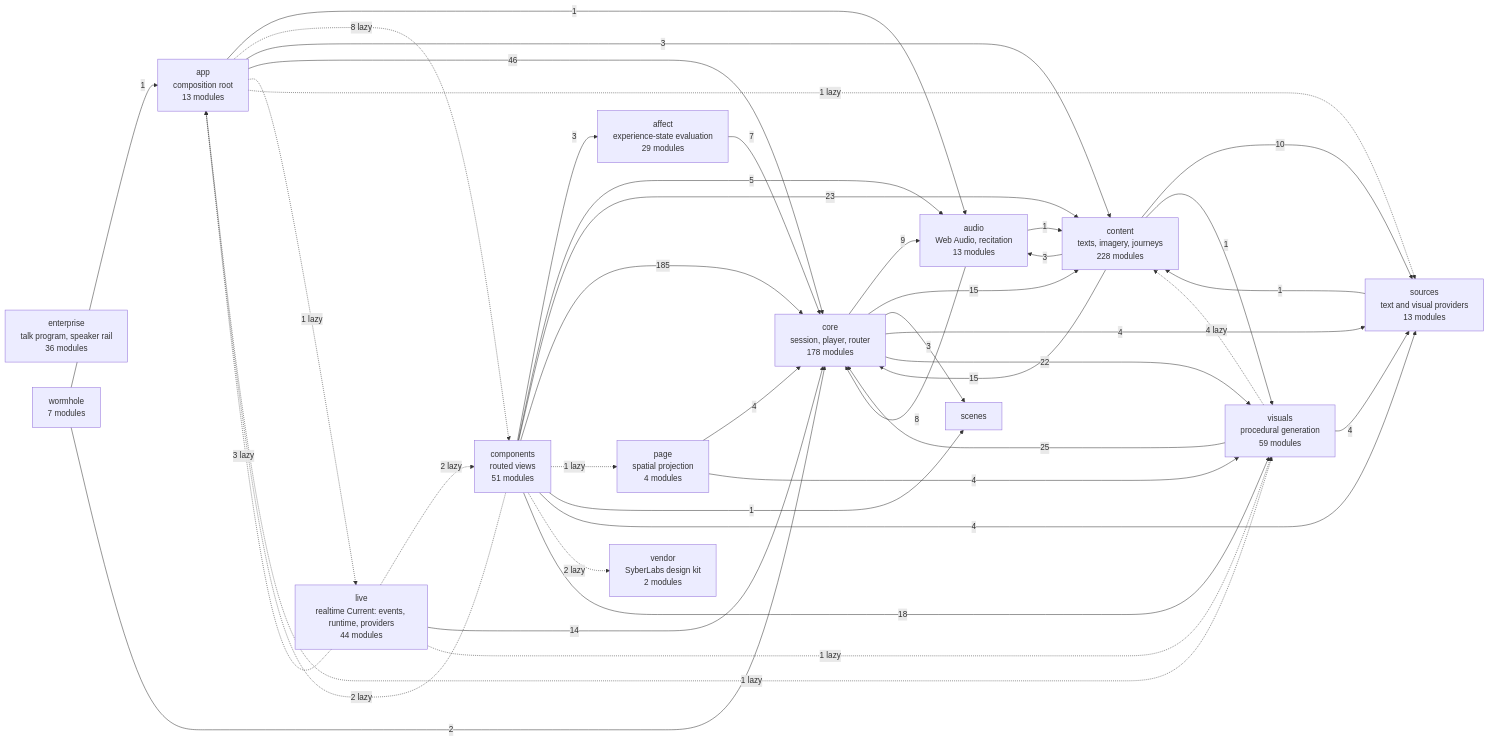
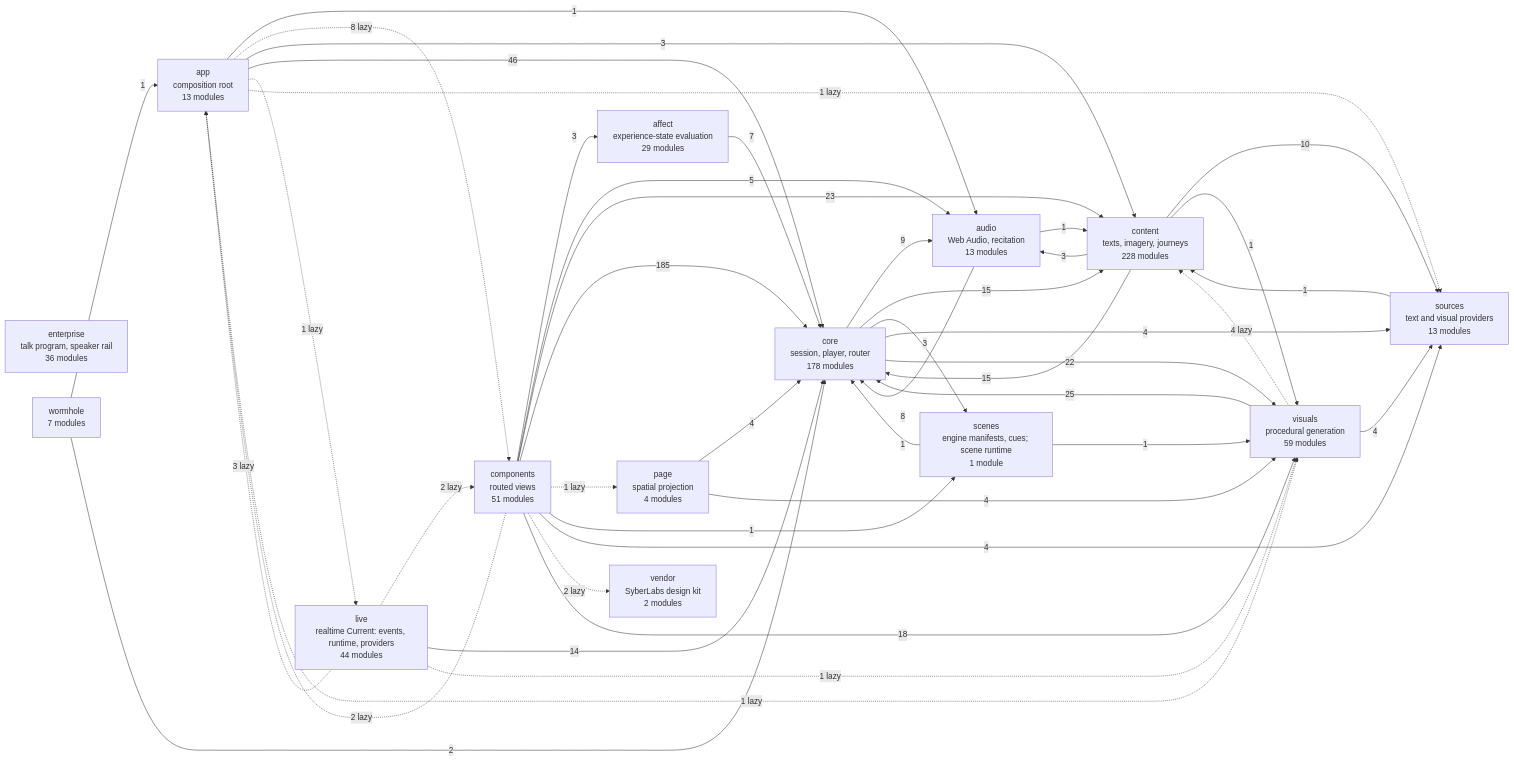
Before and after one commit to SyberLabs/RISE: the diagram in docs/specs/ARCHITECTURE.md, drawn with Mermaid. The commit also changed 1 other file, not shown here.

Commit message:
CC-004: the scenes subsystem joins the diagram; task record carries the PR evidence

````diff
--- a/docs/specs/ARCHITECTURE.md
+++ b/docs/specs/ARCHITECTURE.md
@@ -154,58 +154,61 @@
 ```mermaid
 flowchart LR
     affect["affect<br/>experience-state evaluation<br/>29 modules"]
     app["app<br/>composition root<br/>13 modules"]
     audio["audio<br/>Web Audio, recitation<br/>13 modules"]
     components["components<br/>routed views<br/>51 modules"]
     content["content<br/>texts, imagery, journeys<br/>228 modules"]
     core["core<br/>session, player, router<br/>178 modules"]
     enterprise["enterprise<br/>talk program, speaker rail<br/>36 modules"]
     live["live<br/>realtime Current: events, runtime, providers<br/>44 modules"]
     page["page<br/>spatial projection<br/>4 modules"]
+    scenes["scenes<br/>engine manifests, cues; scene runtime<br/>1 module"]
     sources["sources<br/>text and visual providers<br/>13 modules"]
     vendor["vendor<br/>SyberLabs design kit<br/>2 modules"]
     visuals["visuals<br/>procedural generation<br/>59 modules"]
     wormhole["wormhole<br/>7 modules"]
 
     affect --> |7| core
     app --> |1| audio
     app -.-> |8 lazy| components
     app --> |3| content
     app --> |46| core
     app -.-> |1 lazy| live
     app -.-> |1 lazy| sources
     app -.-> |1 lazy| visuals
     audio --> |1| content
     audio --> |8| core
     components --> |3| affect
     components -.-> |2 lazy| app
     components --> |5| audio
     components --> |23| content
     components --> |185| core
     components -.-> |1 lazy| page
     components --> |1| scenes
     components --> |4| sources
     components -.-> |2 lazy| vendor
     components --> |18| visuals
     content --> |3| audio
     content --> |15| core
     content --> |10| sources
     content --> |1| visuals
     core --> |9| audio
     core --> |15| content
     core --> |3| scenes
     core --> |4| sources
     core --> |22| visuals
     live -.-> |3 lazy| app
     live -.-> |2 lazy| components
     live --> |14| core
     live -.-> |1 lazy| visuals
     page --> |4| core
     page --> |4| visuals
+    scenes --> |1| core
+    scenes --> |1| visuals
     sources --> |1| content
     visuals -.-> |4 lazy| content
     visuals --> |25| core
     visuals --> |4| sources
     wormhole --> |1| app
     wormhole --> |2| core
 ```
````
